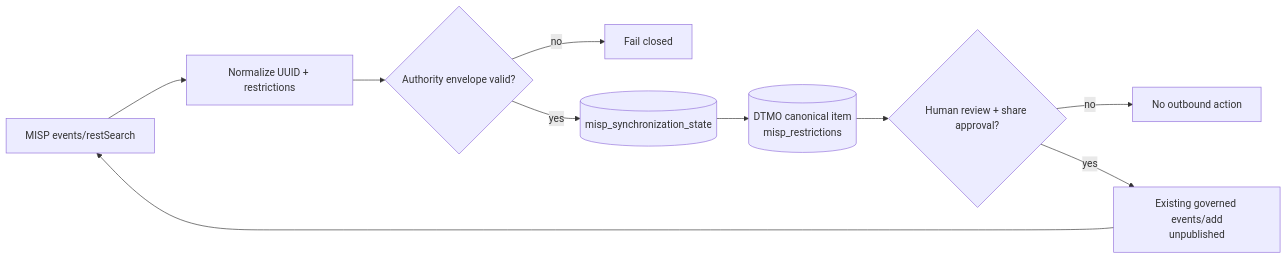
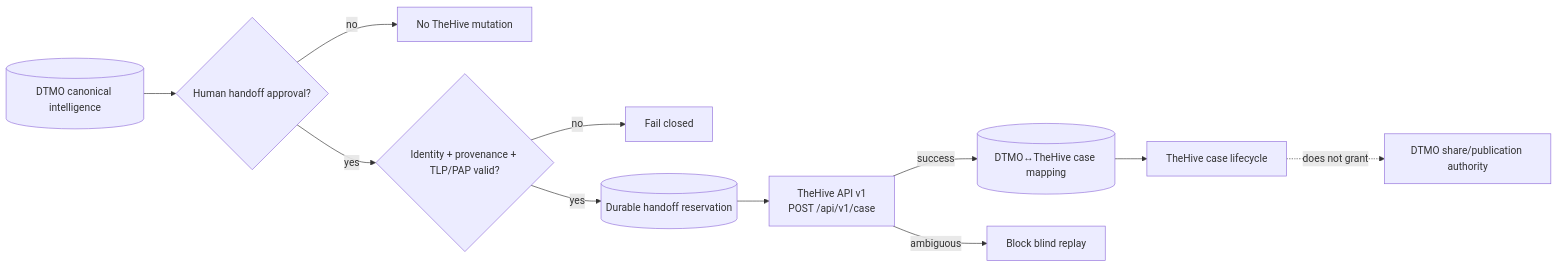
One commit to GJvManen/dtmo changed the diagram in docs/project/CURRENT_STATE.md. Above: the diagram before and after it, drawn with Mermaid. The commit also changed other lines of this file, not shown here.

Commit message:
Reconcile current state for Phase 11.6 TheHive contract

````diff
--- a/docs/project/CURRENT_STATE.md
+++ b/docs/project/CURRENT_STATE.md
@@ -52,12 +49,13 @@
 ```mermaid
 flowchart LR
-    M[MISP events/restSearch] --> N[Normalize UUID + restrictions]
-    N --> V{Authority envelope valid?}
+    D[(DTMO canonical intelligence)] --> A{Human handoff approval?}
+    A -->|no| N[No TheHive mutation]
+    A -->|yes| V{Identity + provenance + TLP/PAP valid?}
     V -->|no| X[Fail closed]
-    V -->|yes| S[(misp_synchronization_state)]
-    S --> D[(DTMO canonical item\nmisp_restrictions)]
-    D --> H{Human review + share approval?}
-    H -->|no| Z[No outbound action]
-    H -->|yes| E[Existing governed events/add\nunpublished]
-    E --> M
+    V -->|yes| R[(Durable handoff reservation)]
+    R --> C[TheHive API v1\nPOST /api/v1/case]
+    C -->|success| M[(DTMO↔TheHive case mapping)]
+    C -->|ambiguous| U[Block blind replay]
+    M --> H[TheHive case lifecycle]
+    H -. does not grant .-> S[DTMO share/publication authority]
 ```
````
